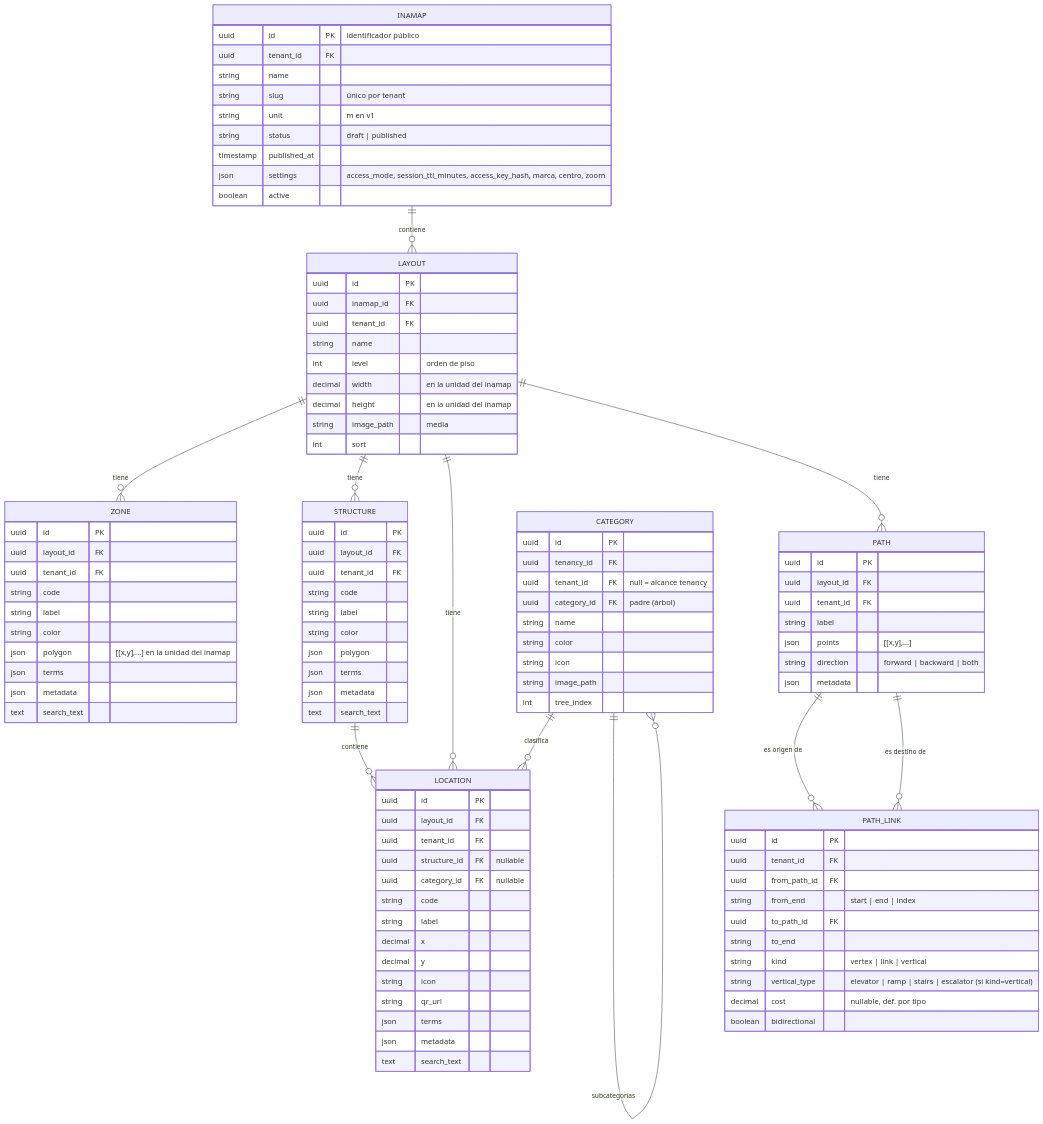
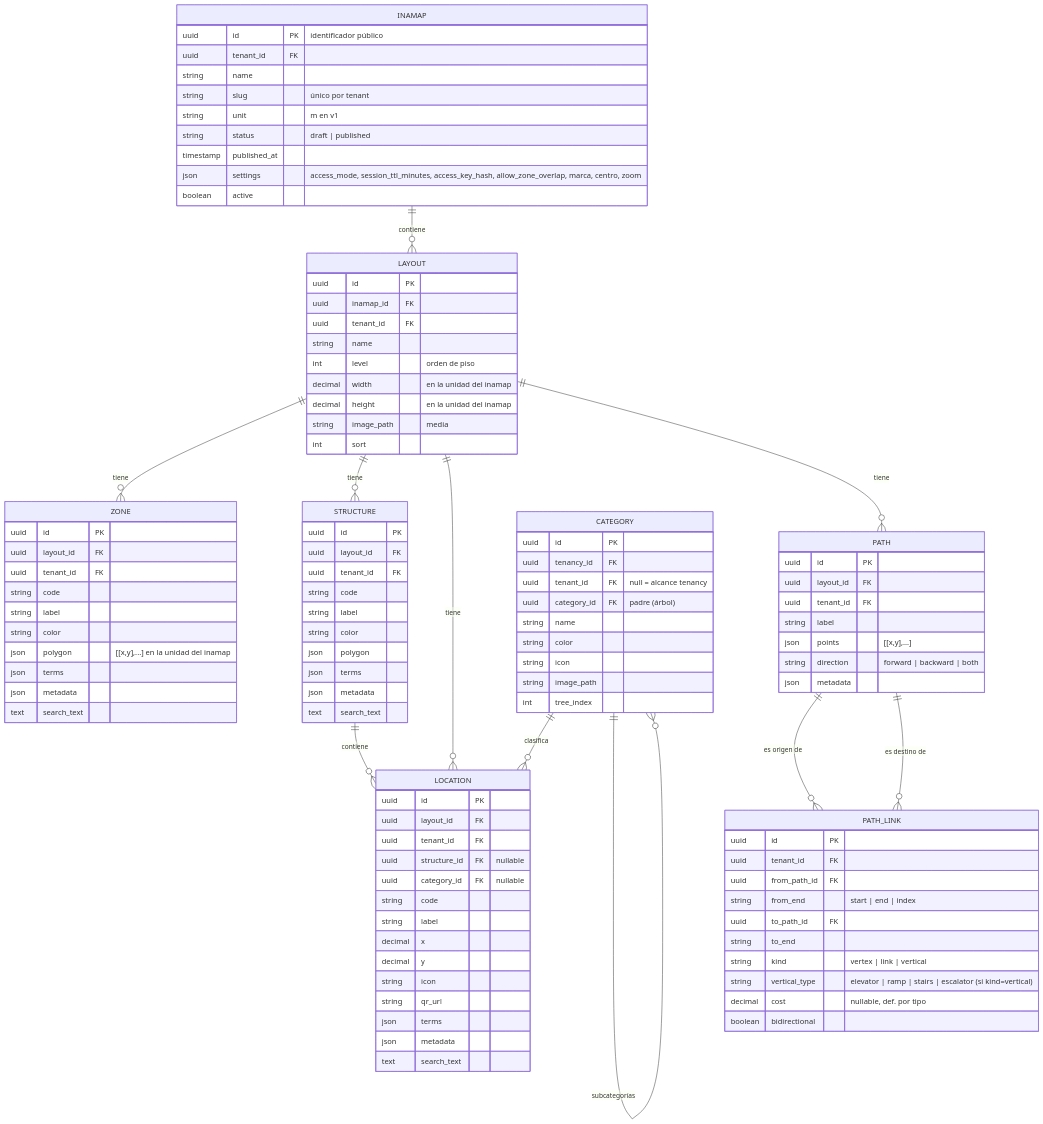
One commit to farandal/inamap-backend-domain changed the ninth of 21 diagrams in README.md. Above: the diagram before and after it, drawn with Mermaid. The commit also changed other lines of this file and 6 other files, not shown here.

First line of the commit message:
feat(inamaps): per-inamap allow_zone_overlap setting (off by default)

```diff
--- a/README.md
+++ b/README.md
@@ -898,7 +898,7 @@
         string unit "m en v1"
         string status "draft | published"
         timestamp published_at
-        json settings "access_mode, session_ttl_minutes, access_key_hash, marca, centro, zoom"
+        json settings "access_mode, session_ttl_minutes, access_key_hash, allow_zone_overlap, marca, centro, zoom"
         boolean active
     }
     LAYOUT {
```
